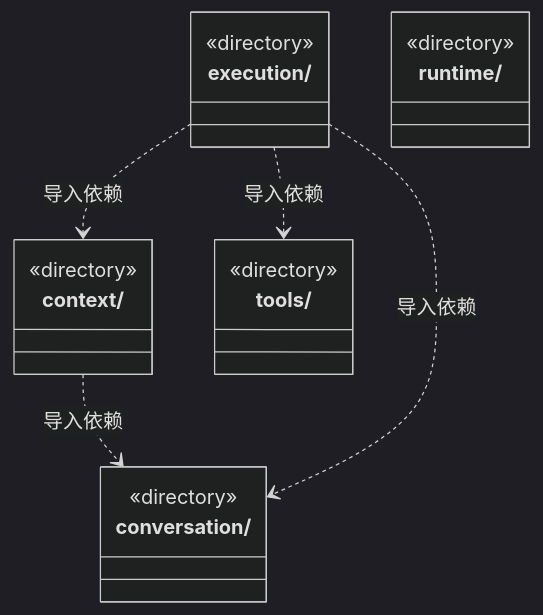
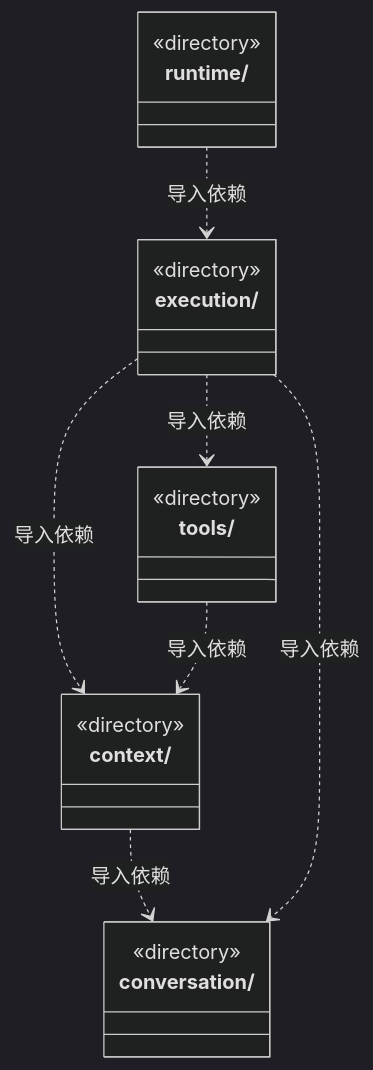
The diagram in src/backend/scheduler-engine/ARCHITECTURE.md (nan023062/cbim), drawn with Mermaid (dark theme) before and after one commit. The commit also changed other lines of this file and 240 other files, not shown here.

````diff
--- a/src/backend/scheduler-engine/ARCHITECTURE.md
+++ b/src/backend/scheduler-engine/ARCHITECTURE.md
@@ -15,22 +15,24 @@
 ```mermaid
 classDiagram
 class N_src_backend_scheduler_engine_context["context/"] {
   <<directory>>
 }
 class N_src_backend_scheduler_engine_conversation["conversation/"] {
   <<directory>>
 }
 class N_src_backend_scheduler_engine_execution["execution/"] {
   <<directory>>
 }
 class N_src_backend_scheduler_engine_runtime["runtime/"] {
   <<directory>>
 }
 class N_src_backend_scheduler_engine_tools["tools/"] {
   <<directory>>
 }
 N_src_backend_scheduler_engine_context ..> N_src_backend_scheduler_engine_conversation : 导入依赖
+N_src_backend_scheduler_engine_execution ..> N_src_backend_scheduler_engine_tools : 导入依赖
 N_src_backend_scheduler_engine_execution ..> N_src_backend_scheduler_engine_context : 导入依赖
 N_src_backend_scheduler_engine_execution ..> N_src_backend_scheduler_engine_conversation : 导入依赖
-N_src_backend_scheduler_engine_execution ..> N_src_backend_scheduler_engine_tools : 导入依赖
+N_src_backend_scheduler_engine_runtime ..> N_src_backend_scheduler_engine_execution : 导入依赖
+N_src_backend_scheduler_engine_tools ..> N_src_backend_scheduler_engine_context : 导入依赖
 ```
````
